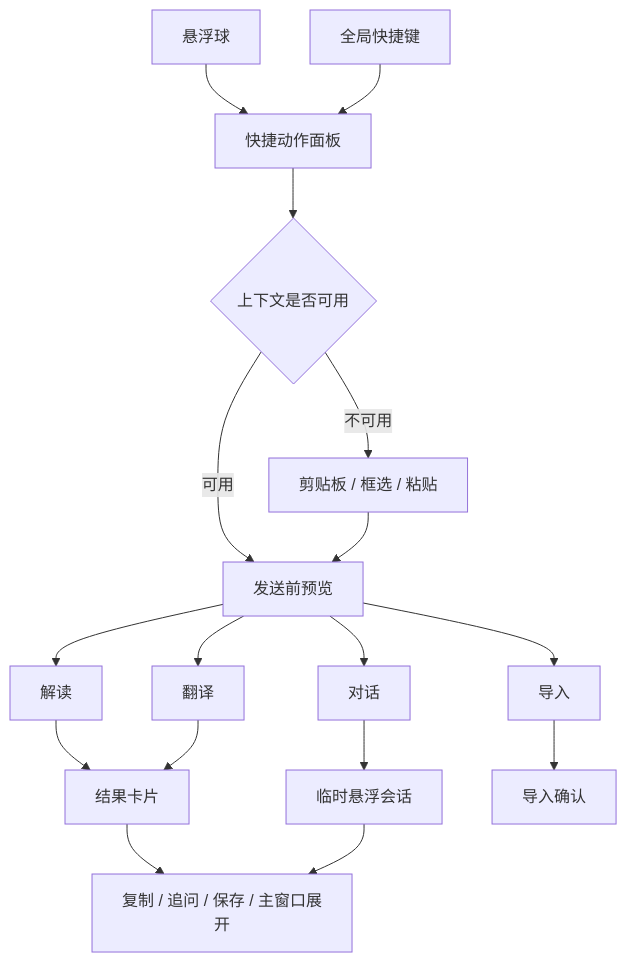
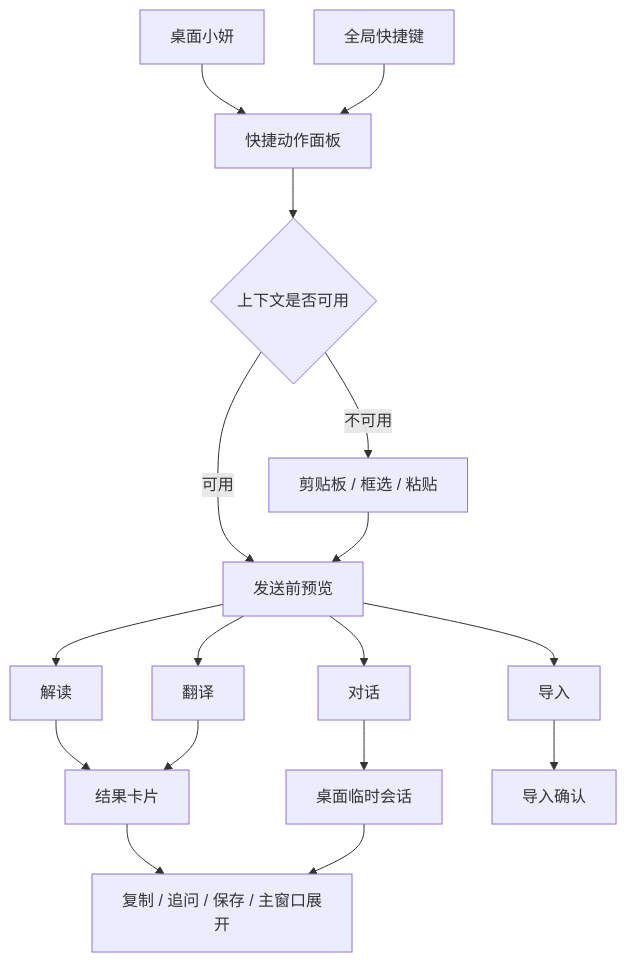
One commit to Yurken/xiaoyan changed the second of 3 diagrams in docs/PRD-0.6.0-桌面悬浮助手.md. Above: the diagram before and after it, drawn with Mermaid. The commit also changed other lines of this file and 11 other files, not shown here.

````diff
--- a/docs/PRD-0.6.0-桌面悬浮助手.md
+++ b/docs/PRD-0.6.0-桌面悬浮助手.md
@@ -321,19 +321,19 @@
 ```mermaid
 flowchart TD
-    A[悬浮球] --> C[快捷动作面板]
+    A[桌面小妍] --> C[快捷动作面板]
     B[全局快捷键] --> C
     C --> D{上下文是否可用}
     D -->|可用| E[发送前预览]
     D -->|不可用| F[剪贴板 / 框选 / 粘贴]
     F --> E
     E --> G[解读]
     E --> H[翻译]
     E --> I[对话]
     E --> J[导入]
     G --> K[结果卡片]
     H --> K
-    I --> L[临时悬浮会话]
+    I --> L[桌面临时会话]
     J --> M[导入确认]
     K --> N[复制 / 追问 / 保存 / 主窗口展开]
     L --> N
 ```
````
